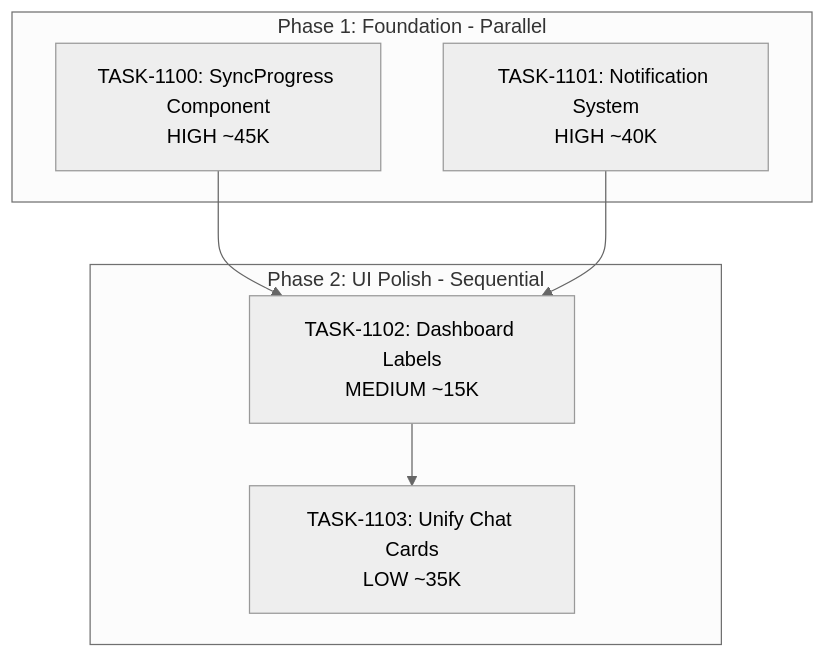
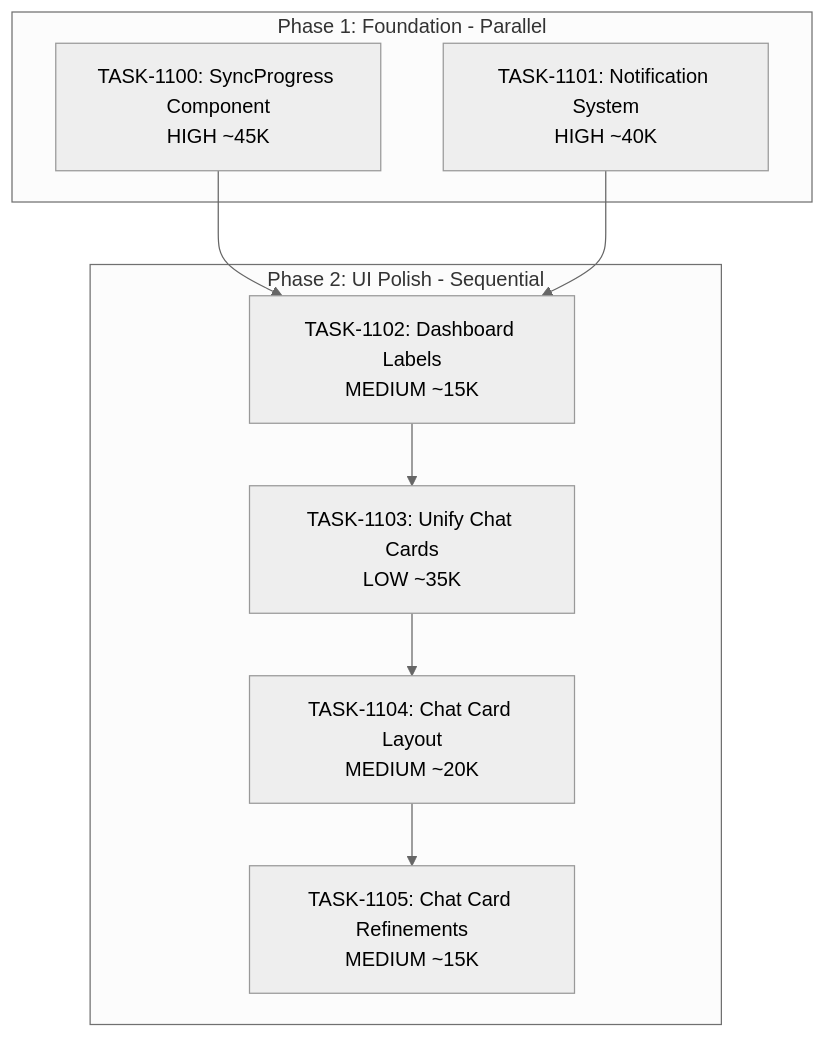
The diagram in .claude/plans/sprints/SPRINT-040-ui-design-system.md (5hdaniel/Mad), drawn with Mermaid (neutral theme) before and after one commit. The commit also changed other lines of this file and 7 other files, not shown here.

````diff
--- a/.claude/plans/sprints/SPRINT-040-ui-design-system.md
+++ b/.claude/plans/sprints/SPRINT-040-ui-design-system.md
@@ -107,16 +115,20 @@
 ```mermaid
 graph TD
     subgraph Phase1[Phase 1: Foundation - Parallel]
         TASK1100[TASK-1100: SyncProgress Component<br/>HIGH ~45K]
         TASK1101[TASK-1101: Notification System<br/>HIGH ~40K]
     end
 
     subgraph Phase2[Phase 2: UI Polish - Sequential]
         TASK1102[TASK-1102: Dashboard Labels<br/>MEDIUM ~15K]
         TASK1103[TASK-1103: Unify Chat Cards<br/>LOW ~35K]
+        TASK1104[TASK-1104: Chat Card Layout<br/>MEDIUM ~20K]
+        TASK1105[TASK-1105: Chat Card Refinements<br/>MEDIUM ~15K]
     end
 
     TASK1100 --> TASK1102
     TASK1101 --> TASK1102
     TASK1102 --> TASK1103
+    TASK1103 --> TASK1104
+    TASK1104 --> TASK1105
 ```
````
